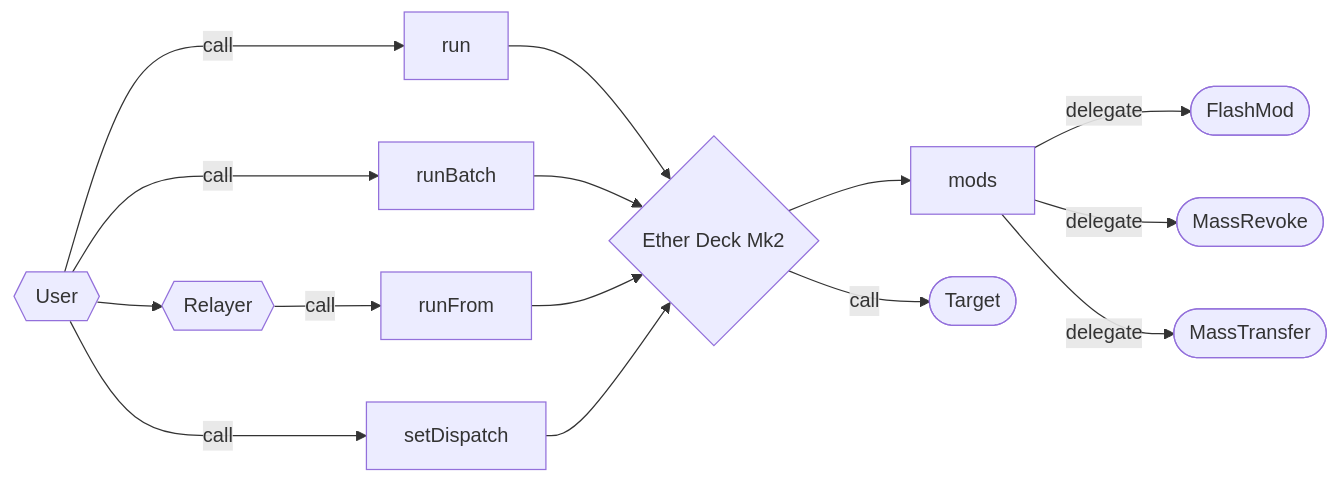
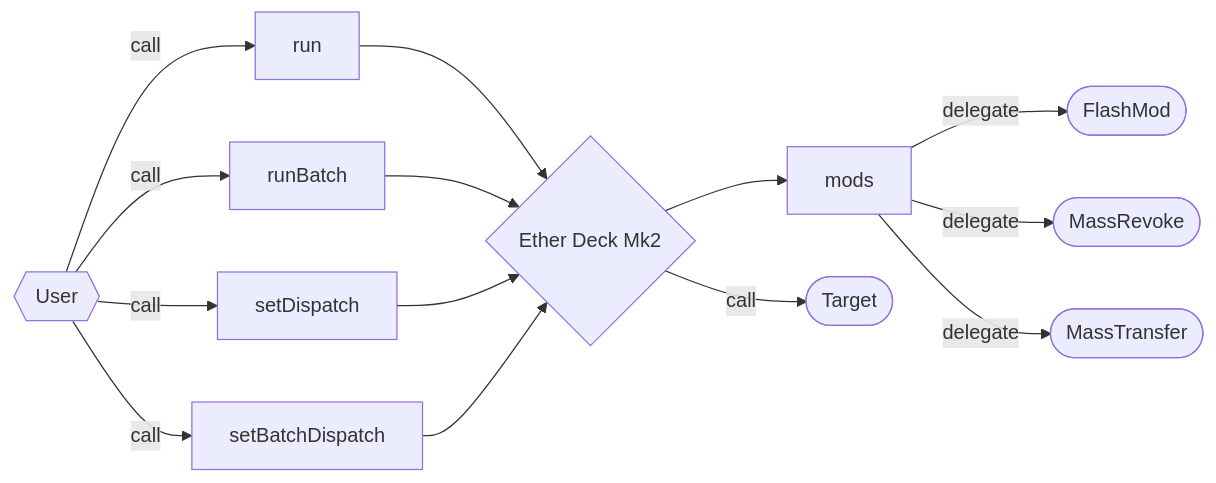
The first of 2 diagrams in README.md (jtriley-eth/ether-deck-mk2), drawn with Mermaid before and after one commit.

````diff
--- a/README.md
+++ b/README.md
@@ -5,19 +5,17 @@
 ```mermaid
 flowchart LR
     u{{User}}
     e{Ether Deck Mk2}
-    r{{Relayer}}
 
-    u --> r
     u -->|call| run --> e
     u -->|call| runBatch --> e
-    r -->|call| runFrom --> e
     u -->|call| setDispatch --> e
+    u -->|call| setBatchDispatch --> e
 
     e --> mods
     e -->|call| target([Target])
 
     mods -->|delegate| Flash([FlashMod])
     mods -->|delegate| MassRevoke([MassRevoke])
     mods -->|delegate| MassTransfer([MassTransfer])
 ```
````
